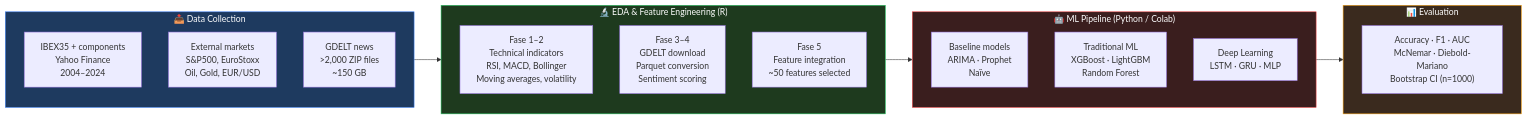
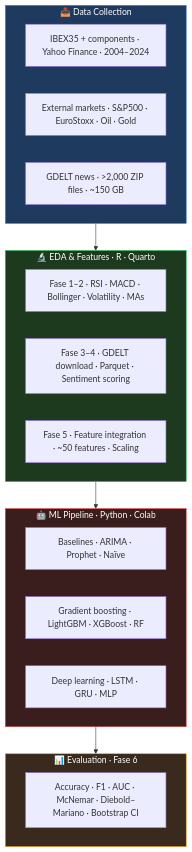
One commit to SLopezBegines/series_temporales_IBEX changed the diagram in README.md. Above: the diagram before and after it, drawn with Mermaid.

Commit message:
Update README with project overview and architecture

````diff
--- a/README.md
+++ b/README.md
@@ -23,31 +22,31 @@
 ```mermaid
-flowchart LR
+flowchart TD
     subgraph Data ["📥 Data Collection"]
-        A1["IBEX35 + components\nYahoo Finance\n2004–2024"]
-        A2["External markets\nS&P500, EuroStoxx\nOil, Gold, EUR/USD"]
-        A3["GDELT news\n>2,000 ZIP files\n~150 GB"]
+        A1["IBEX35 + components · Yahoo Finance · 2004–2024"]
+        A2["External markets · S&P500 · EuroStoxx · Oil · Gold"]
+        A3["GDELT news · >2,000 ZIP files · ~150 GB"]
     end
 
-    subgraph EDA ["🔬 EDA & Feature Engineering (R)"]
-        B1["Fase 1–2\nTechnical indicators\nRSI, MACD, Bollinger\nMoving averages, volatility"]
-        B2["Fase 3–4\nGDELT download\nParquet conversion\nSentiment scoring"]
-        B3["Fase 5\nFeature integration\n~50 features selected"]
+    subgraph EDA ["🔬 EDA & Features · R · Quarto"]
+        B1["Fase 1–2 · RSI · MACD · Bollinger · Volatility · MAs"]
+        B2["Fase 3–4 · GDELT download · Parquet · Sentiment scoring"]
+        B3["Fase 5 · Feature integration · ~50 features · Scaling"]
     end
 
-    subgraph ML ["🤖 ML Pipeline (Python / Colab)"]
-        C1["Baseline models\nARIMA · Prophet\nNaïve"]
-        C2["Traditional ML\nXGBoost · LightGBM\nRandom Forest"]
-        C3["Deep Learning\nLSTM · GRU · MLP"]
+    subgraph ML ["🤖 ML Pipeline · Python · Colab"]
+        C1["Baselines · ARIMA · Prophet · Naïve"]
+        C2["Gradient boosting · LightGBM · XGBoost · RF"]
+        C3["Deep learning · LSTM · GRU · MLP"]
     end
 
-    subgraph Eval ["📊 Evaluation"]
-        D1["Accuracy · F1 · AUC\nMcNemar · Diebold-Mariano\nBootstrap CI (n=1000)"]
+    subgraph Eval ["📊 Evaluation · Fase 6"]
+        D1["Accuracy · F1 · AUC · McNemar · Diebold–Mariano · Bootstrap CI"]
     end
 
     Data --> EDA --> ML --> Eval
 
     style Data fill:#1e3a5f,color:#fff,stroke:#3b82f6
     style EDA fill:#1e3a1e,color:#fff,stroke:#22c55e
     style ML fill:#3a1e1e,color:#fff,stroke:#ef4444
     style Eval fill:#3a2a1e,color:#fff,stroke:#f59e0b
 ```
````
